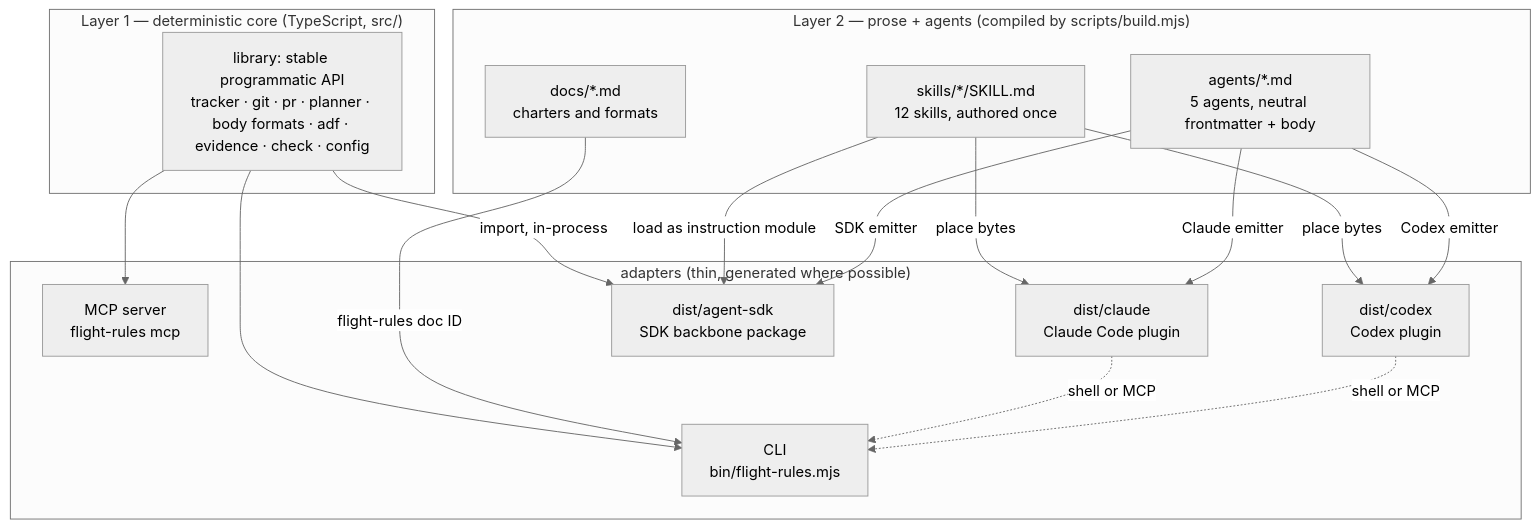
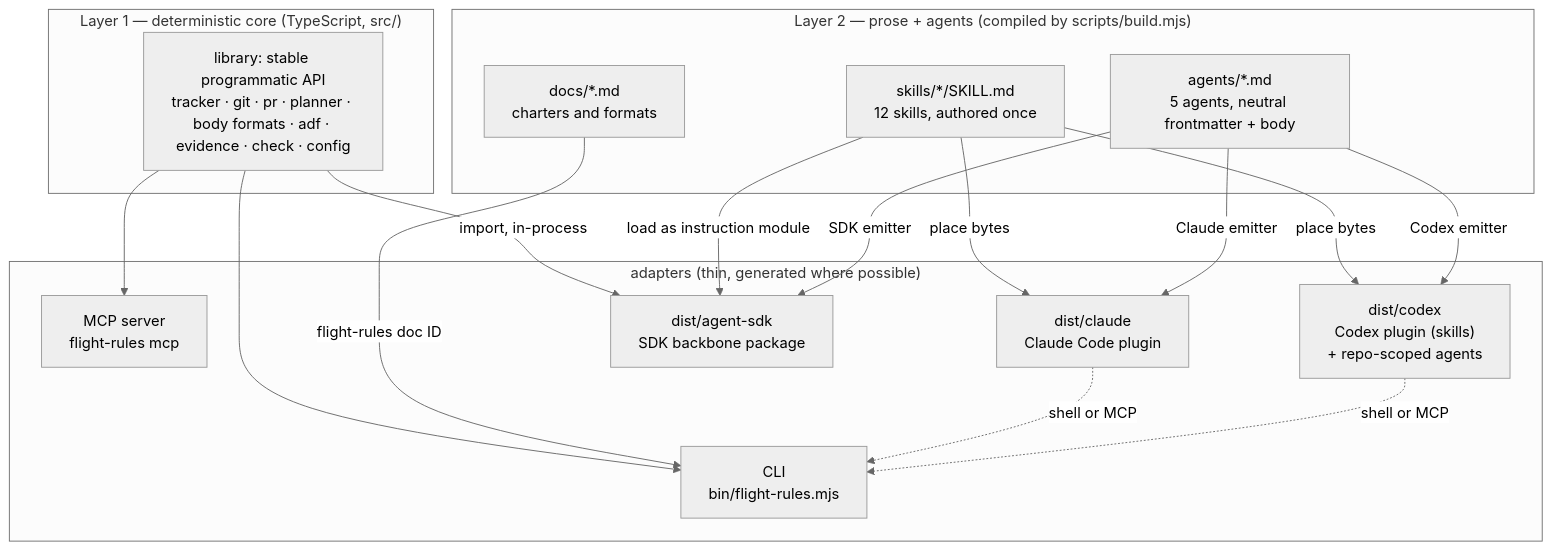
Before and after one commit to Good-Ground-Collective/flight-rules: the first of 4 diagrams in rfcs/RFC-006.md, drawn with Mermaid (neutral theme). The commit also changed other lines of this file, not shown here.

First line of the commit message:
docs(rfc): RFC-006 — fold in owner decisions on Codex agents, tiers, packaging, CI-only artifacts

````diff
--- a/rfcs/RFC-006.md
+++ b/rfcs/RFC-006.md
@@ -53,30 +54,30 @@
 ```mermaid
 flowchart TB
   subgraph L2["Layer 2 — prose + agents (compiled by scripts/build.mjs)"]
     SK["skills/*/SKILL.md<br/>12 skills, authored once"]
     AG["agents/*.md<br/>5 agents, neutral frontmatter + body"]
     DOCS["docs/*.md<br/>charters and formats"]
   end
   subgraph L1["Layer 1 — deterministic core (TypeScript, src/)"]
     LIB["library: stable programmatic API<br/>tracker · git · pr · planner · body formats · adf · evidence · check · config"]
   end
   subgraph ADAPTERS["adapters (thin, generated where possible)"]
     CLI["CLI<br/>bin/flight-rules.mjs"]
     MCP["MCP server<br/>flight-rules mcp"]
     CL["dist/claude<br/>Claude Code plugin"]
-    CX["dist/codex<br/>Codex plugin"]
+    CX["dist/codex<br/>Codex plugin (skills)<br/>+ repo-scoped agents"]
     SDK["dist/agent-sdk<br/>SDK backbone package"]
   end
   LIB --> CLI
   LIB --> MCP
   LIB -->|"import, in-process"| SDK
   SK -->|"place bytes"| CL
   SK -->|"place bytes"| CX
   SK -->|"load as instruction module"| SDK
   AG -->|"Claude emitter"| CL
   AG -->|"Codex emitter"| CX
   AG -->|"SDK emitter"| SDK
   DOCS -->|"flight-rules doc ID"| CLI
   CL -.->|"shell or MCP"| CLI
   CX -.->|"shell or MCP"| CLI
 ```
````
